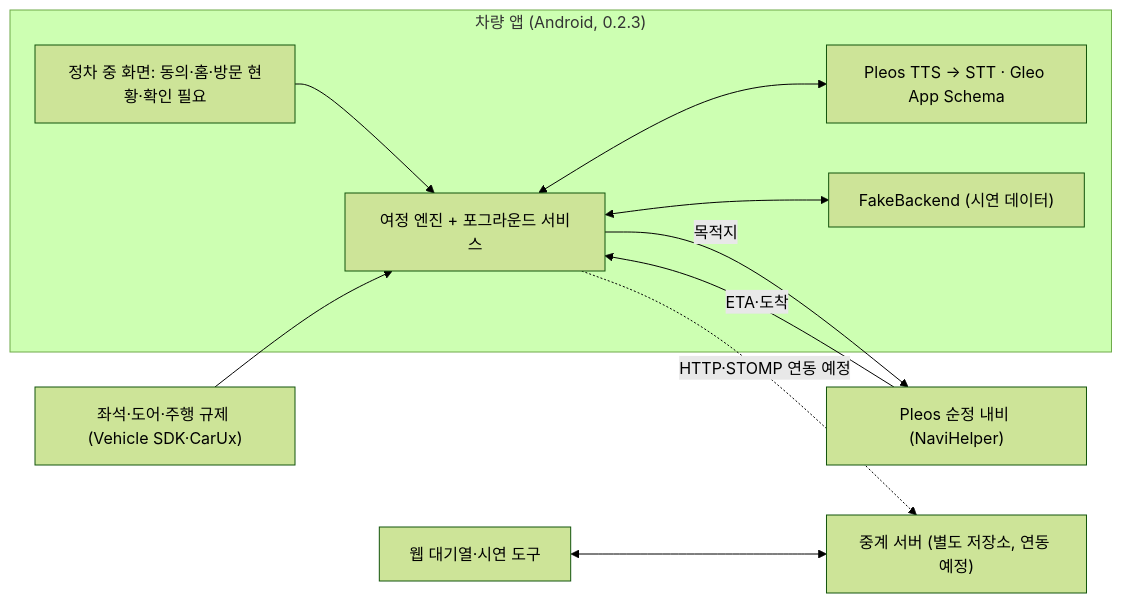
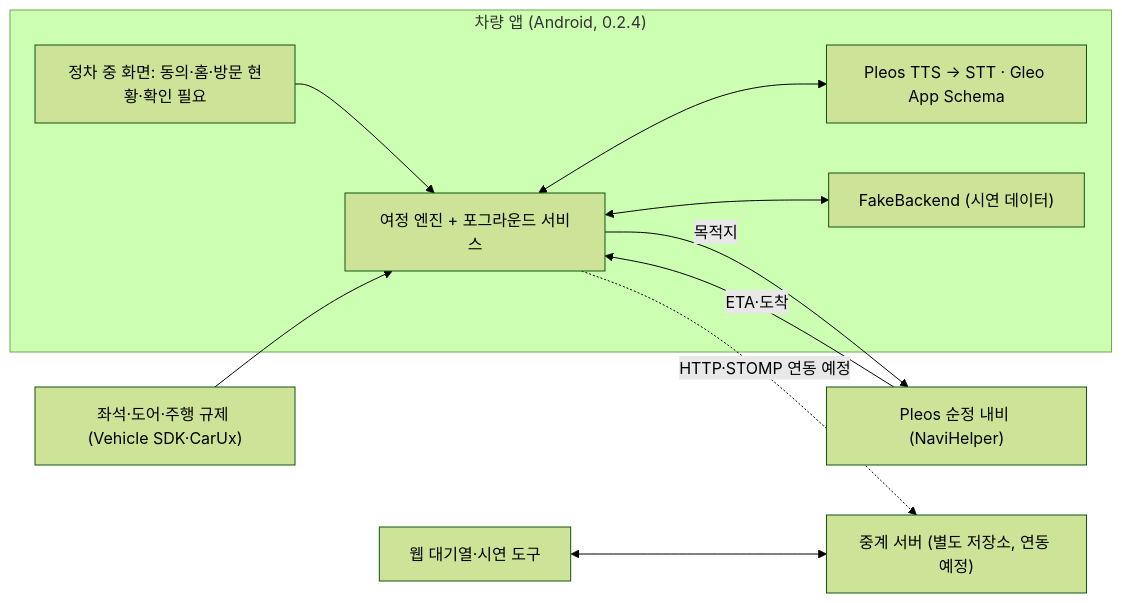
Before and after one commit to smartjourney-pleos/smart-journey-main: the diagram in README.md, drawn with Mermaid (forest theme). The commit also changed other lines of this file and 5 other files, not shown here.

````diff
--- a/README.md
+++ b/README.md
@@ -132,19 +132,19 @@
 ```mermaid
 flowchart LR
-  subgraph CAR["차량 앱 (Android, 0.2.3)"]
+  subgraph CAR["차량 앱 (Android, 0.2.4)"]
     UI["정차 중 화면: 동의·홈·방문 현황·확인 필요"]
     ENGINE["여정 엔진 + 포그라운드 서비스"]
     VOICE["Pleos TTS → STT · Gleo App Schema"]
     FAKE["FakeBackend (시연 데이터)"]
     UI --> ENGINE
     ENGINE <--> VOICE
     ENGINE <--> FAKE
   end
   NAVI["Pleos 순정 내비 (NaviHelper)"] -->|"ETA·도착"| ENGINE
   ENGINE -->|"목적지"| NAVI
   VEH["좌석·도어·주행 규제 (Vehicle SDK·CarUx)"] --> ENGINE
   SERVER["중계 서버 (별도 저장소, 연동 예정)"]
   WEB["웹 대기열·시연 도구"]
   ENGINE -. "HTTP·STOMP 연동 예정" .-> SERVER
   WEB <--> SERVER
 ```
````
